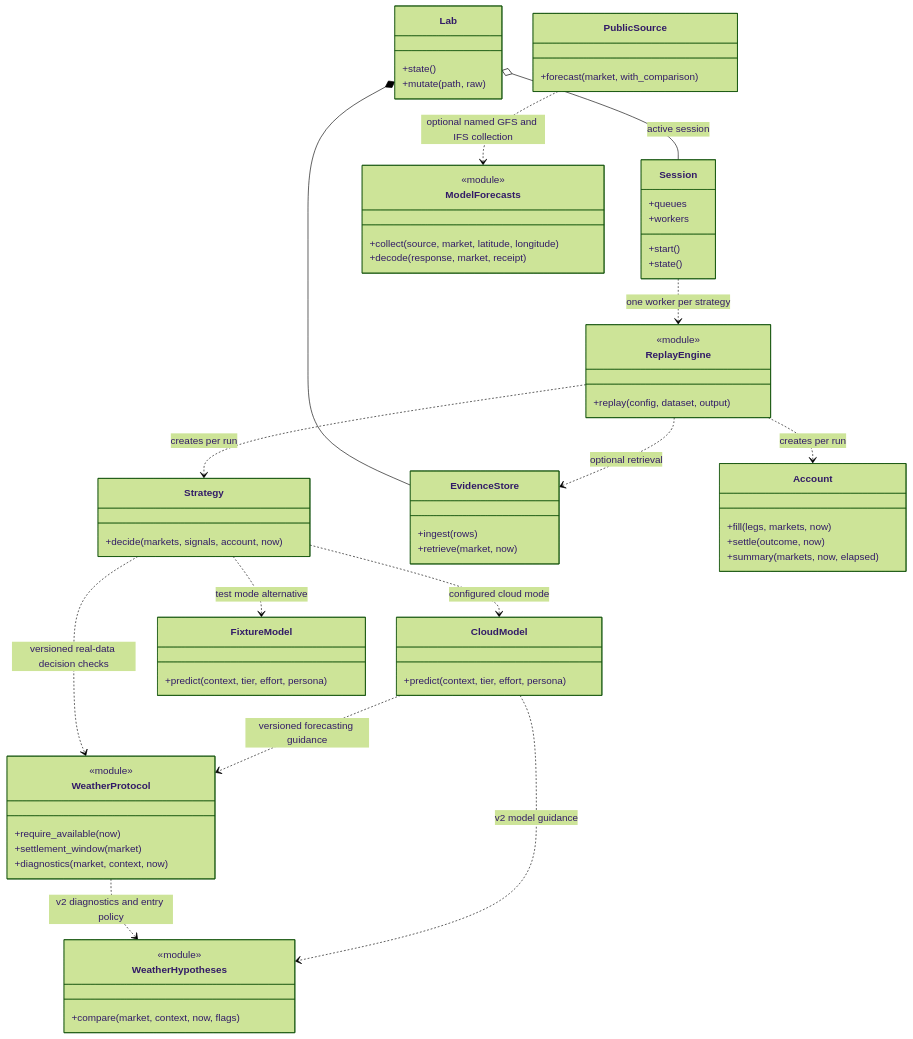
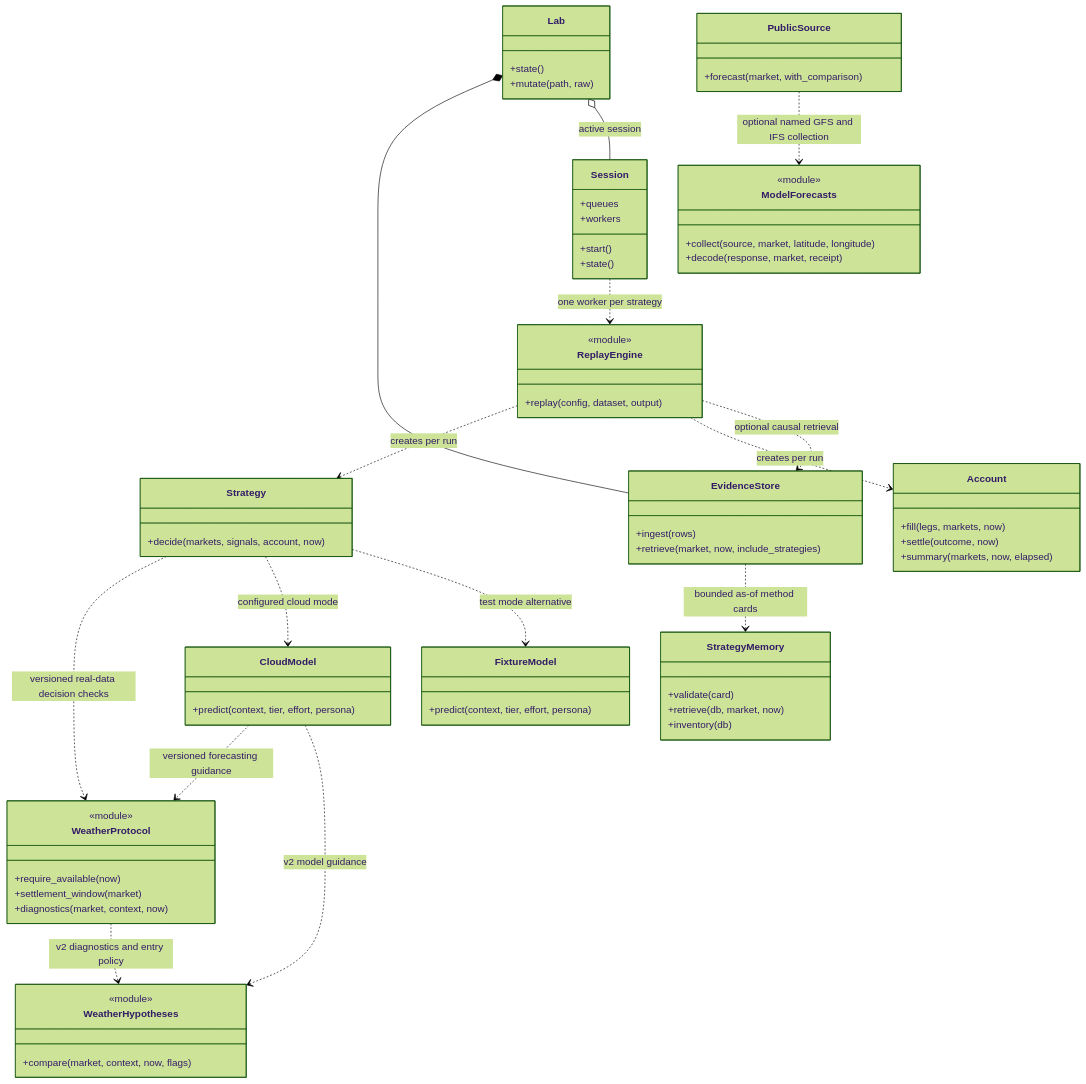
The fifth of 8 diagrams in docs/ARCHITECTURE-UML.md (burdena0/weather-lab-polymarket-us), drawn with Mermaid (forest theme) before and after one commit. The commit also changed other lines of this file and 27 other files, not shown here.

Commit message:
Add causal strategy reference library with bounded retrieval and evidence grades

````diff
--- a/docs/ARCHITECTURE-UML.md
+++ b/docs/ARCHITECTURE-UML.md
@@ -257,66 +257,72 @@
 ```mermaid
 classDiagram
     class Lab {
         +state()
         +mutate(path, raw)
     }
     class Session {
         +start()
         +state()
         +queues
         +workers
     }
     class ReplayEngine {
         <<module>>
         +replay(config, dataset, output)
     }
     class Strategy {
         +decide(markets, signals, account, now)
     }
     class WeatherProtocol {
         <<module>>
         +require_available(now)
         +settlement_window(market)
         +diagnostics(market, context, now)
     }
     class WeatherHypotheses {
         <<module>>
         +compare(market, context, now, flags)
     }
     class ModelForecasts {
         <<module>>
         +collect(source, market, latitude, longitude)
         +decode(response, market, receipt)
     }
     class PublicSource {
         +forecast(market, with_comparison)
     }
     class EvidenceStore {
         +ingest(rows)
-        +retrieve(market, now)
+        +retrieve(market, now, include_strategies)
     }
     class Account {
         +fill(legs, markets, now)
         +settle(outcome, now)
         +summary(markets, now, elapsed)
     }
     class CloudModel {
         +predict(context, tier, effort, persona)
     }
     class FixtureModel {
         +predict(context, tier, effort, persona)
     }
     Lab *-- EvidenceStore
     Lab o-- Session : active session
     Session ..> ReplayEngine : one worker per strategy
     ReplayEngine ..> Strategy : creates per run
     ReplayEngine ..> Account : creates per run
-    ReplayEngine ..> EvidenceStore : optional retrieval
+    ReplayEngine ..> EvidenceStore : optional causal retrieval
+    EvidenceStore ..> StrategyMemory : bounded as-of method cards
+    class StrategyMemory {
+        +validate(card)
+        +retrieve(db, market, now)
+        +inventory(db)
+    }
     Strategy ..> WeatherProtocol : versioned real-data decision checks
     CloudModel ..> WeatherProtocol : versioned forecasting guidance
     WeatherProtocol ..> WeatherHypotheses : v2 diagnostics and entry policy
     PublicSource ..> ModelForecasts : optional named GFS and IFS collection
     CloudModel ..> WeatherHypotheses : v2 model guidance
     Strategy ..> CloudModel : configured cloud mode
     Strategy ..> FixtureModel : test mode alternative
 ```
````
